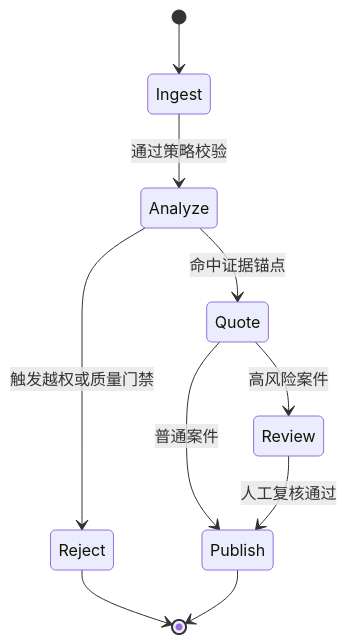
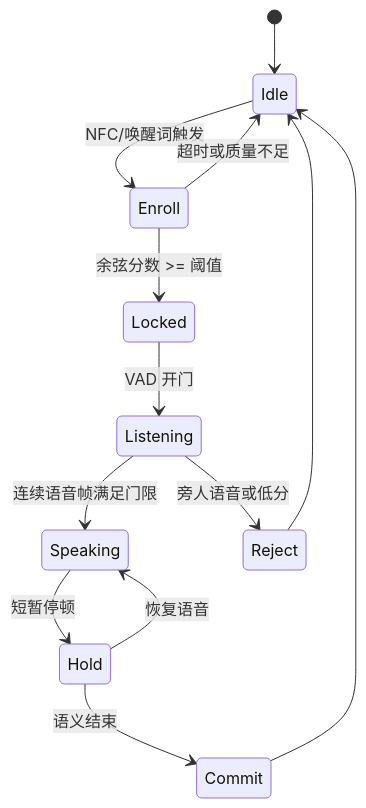
The second of 2 diagrams in docs/azure-agent-infra/noisy-far-field-voice-agent-edge-deepfilternet-voicefilter-vs-acs-webrtc-speech-vs-aoai-realtime-selection-faq.md (turbo998/ai-infra-lab), drawn with Mermaid before and after one commit. The commit also changed other lines of this file and 1 other file, not shown here.

````diff
--- a/docs/azure-agent-infra/noisy-far-field-voice-agent-edge-deepfilternet-voicefilter-vs-acs-webrtc-speech-vs-aoai-realtime-selection-faq.md
+++ b/docs/azure-agent-infra/noisy-far-field-voice-agent-edge-deepfilternet-voicefilter-vs-acs-webrtc-speech-vs-aoai-realtime-selection-faq.md
@@ -77,12 +76,15 @@
 ```mermaid
 stateDiagram-v2
-  [*] --> Ingest
-  Ingest --> Analyze: 通过策略校验
-  Analyze --> Quote: 命中证据锚点
-  Quote --> Review: 高风险案件
-  Quote --> Publish: 普通案件
-  Review --> Publish: 人工复核通过
-  Analyze --> Reject: 触发越权或质量门禁
-  Reject --> [*]
-  Publish --> [*]
+  [*] --> Idle
+  Idle --> Enroll: NFC/唤醒词触发
+  Enroll --> Locked: 余弦分数 >= 阈值
+  Enroll --> Idle: 超时或质量不足
+  Locked --> Listening: VAD 开门
+  Listening --> Speaking: 连续语音帧满足门限
+  Speaking --> Hold: 短暂停顿
+  Hold --> Speaking: 恢复语音
+  Hold --> Commit: 语义结束
+  Listening --> Reject: 旁人语音或低分
+  Reject --> Idle
+  Commit --> Idle
 ```
````
